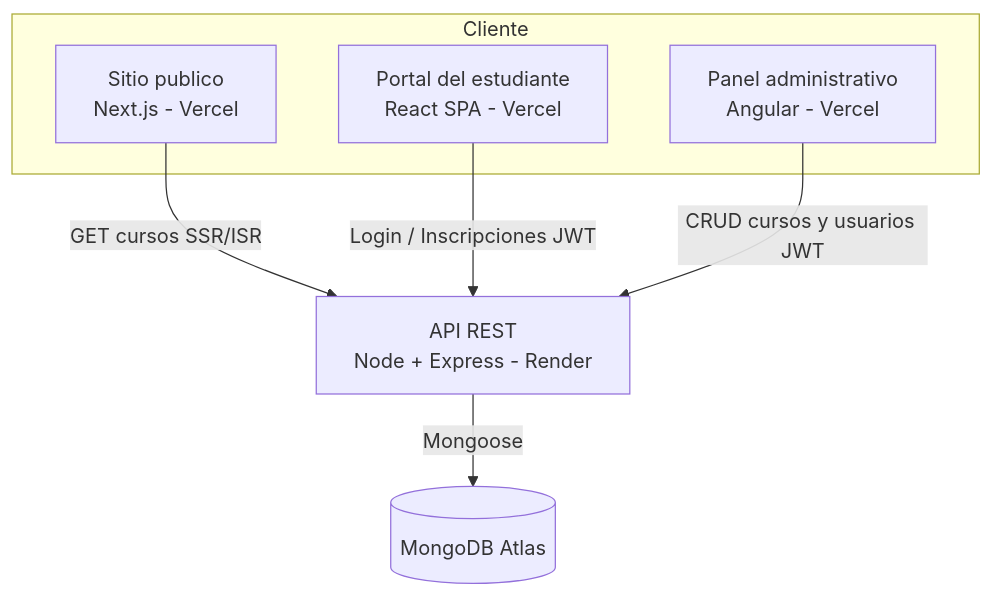
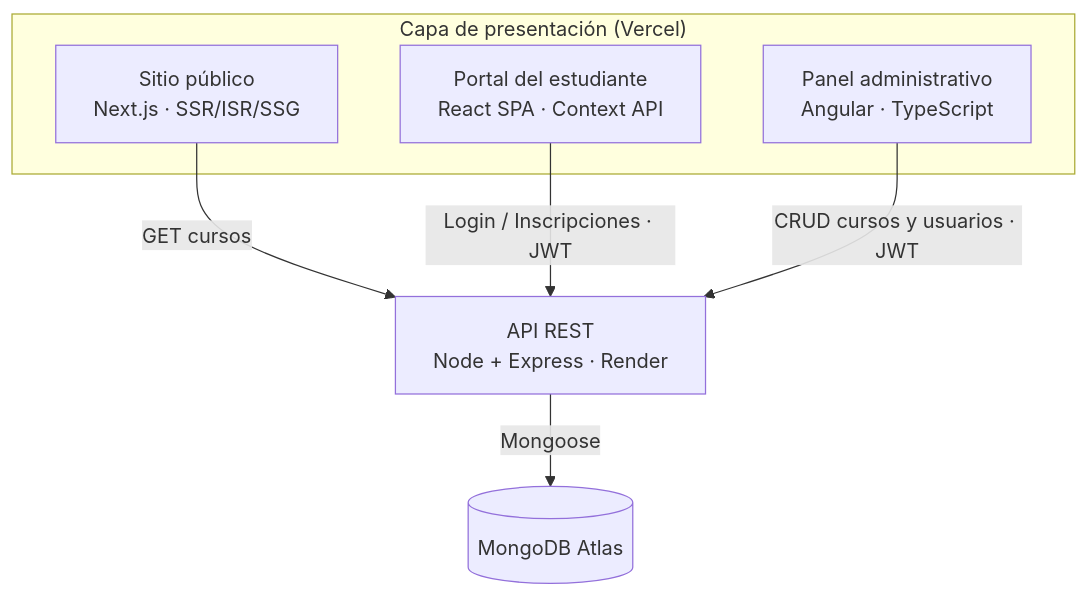
Before and after one commit to andresolivertrujillo/plataforma-cursos-ei-final: the first of 5 diagrams in docs/arquitectura.md, drawn with Mermaid. The commit also changed other lines of this file and 3 other files, not shown here.

````diff
--- a/docs/arquitectura.md
+++ b/docs/arquitectura.md
@@ -8,16 +11,16 @@
 ```mermaid
 flowchart TD
-    subgraph Cliente
-      A[Sitio publico<br/>Next.js - Vercel]
-      B[Portal del estudiante<br/>React SPA - Vercel]
-      C[Panel administrativo<br/>Angular - Vercel]
+    subgraph Cliente["Capa de presentación (Vercel)"]
+      A["Sitio público<br/>Next.js · SSR/ISR/SSG"]
+      B["Portal del estudiante<br/>React SPA · Context API"]
+      C["Panel administrativo<br/>Angular · TypeScript"]
     end
 
-    D[API REST<br/>Node + Express - Render]
-    E[(MongoDB Atlas)]
+    D["API REST<br/>Node + Express · Render"]
+    E[("MongoDB Atlas")]
 
-    A -->|GET cursos SSR/ISR| D
-    B -->|Login / Inscripciones JWT| D
-    C -->|CRUD cursos y usuarios JWT| D
+    A -->|GET cursos| D
+    B -->|Login / Inscripciones · JWT| D
+    C -->|CRUD cursos y usuarios · JWT| D
     D -->|Mongoose| E
 ```
````
